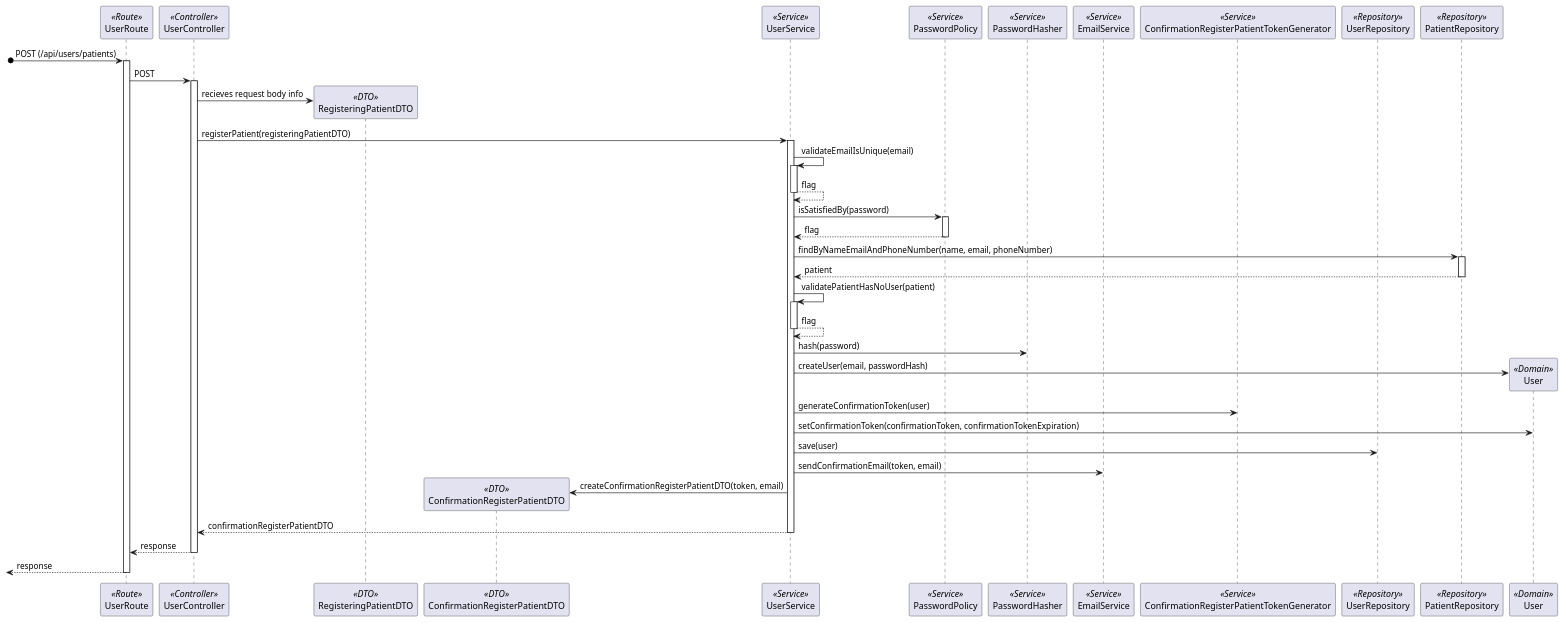
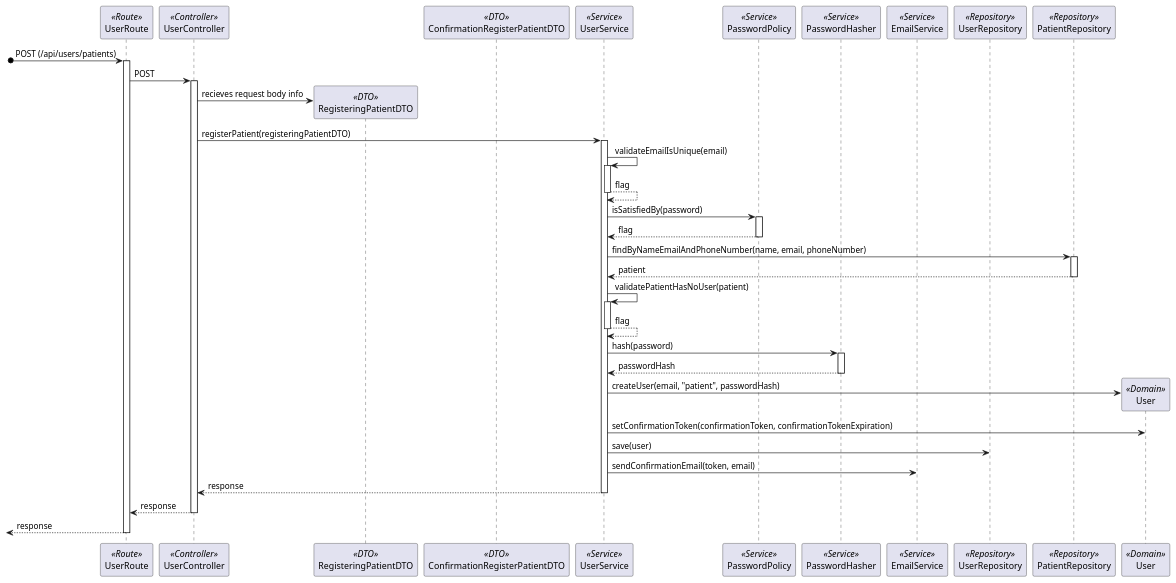
Before and after one commit to Rodrick0209/ISEP-SEM5PI-24-25: the diagram in docs/Sprint_1/US_5.1.3/L3/Process_View_Prior_Confirmation.puml, drawn with PlantUML. The commit also changed 15 other files, not shown here.

Commit message:
US 5.1.8-5.1.11 / 5.1.3-5.1.5 All diagrams updated for better compreehension #4 #5 #6 #9 #10 #11 #12

```diff
--- a/docs/Sprint_1/US_5.1.3/L3/Process_View_Prior_Confirmation.puml
+++ b/docs/Sprint_1/US_5.1.3/L3/Process_View_Prior_Confirmation.puml
@@ -2,48 +2,45 @@
 @startuml Process_View_Prior_Confirmation
 participant UserRoute as Route <<Route>>
 participant UserController as Controller <<Controller>>
 participant RegisteringPatientDTO as DTO <<DTO>>
 participant ConfirmationRegisterPatientDTO as ConfirmationDTO <<DTO>>
 participant UserService as Service <<Service>>
 participant PasswordPolicy as Policy <<Service>>
 participant PasswordHasher as Hasher <<Service>>
 participant EmailService as EmailService <<Service>>
-participant ConfirmationRegisterPatientTokenGenerator as TokenGenerator <<Service>>
 participant UserRepository as Repository <<Repository>>
 participant PatientRepository as PatientRepository <<Repository>> 
 participant User as Domain <<Domain>>
 [o-> Route: POST (/api/users/patients)
 activate Route
 Route -> Controller : POST
 activate Controller
 Controller -> DTO** : recieves request body info
 Controller -> Service : registerPatient(registeringPatientDTO)
 activate Service
 Service -> Service : validateEmailIsUnique(email)
 activate Service
 return flag
 Service -> Policy : isSatisfiedBy(password)
 activate Policy
 return flag
 Service -> PatientRepository : findByNameEmailAndPhoneNumber(name, email, phoneNumber)
 activate PatientRepository
 return patient
 Service -> Service : validatePatientHasNoUser(patient)
 activate Service
 return flag
 Service -> Hasher : hash(password)
-Service -> Domain** : createUser(email, passwordHash)
-Service -> TokenGenerator : generateConfirmationToken(user)
+activate Hasher
+return passwordHash
+Service -> Domain** : createUser(email, "patient", passwordHash)
 Service -> Domain : setConfirmationToken(confirmationToken, confirmationTokenExpiration)
 Service -> Repository : save(user)
 Service -> EmailService : sendConfirmationEmail(token, email)
-Service -> ConfirmationDTO** : createConfirmationRegisterPatientDTO(token, email)
-Service --> Controller : confirmationRegisterPatientDTO
-deactivate Service
-Controller --> Route : response
-deactivate Controller
+return response
+return response
 <-- Route : response
 deactivate Route
 
 
 @enduml
```
